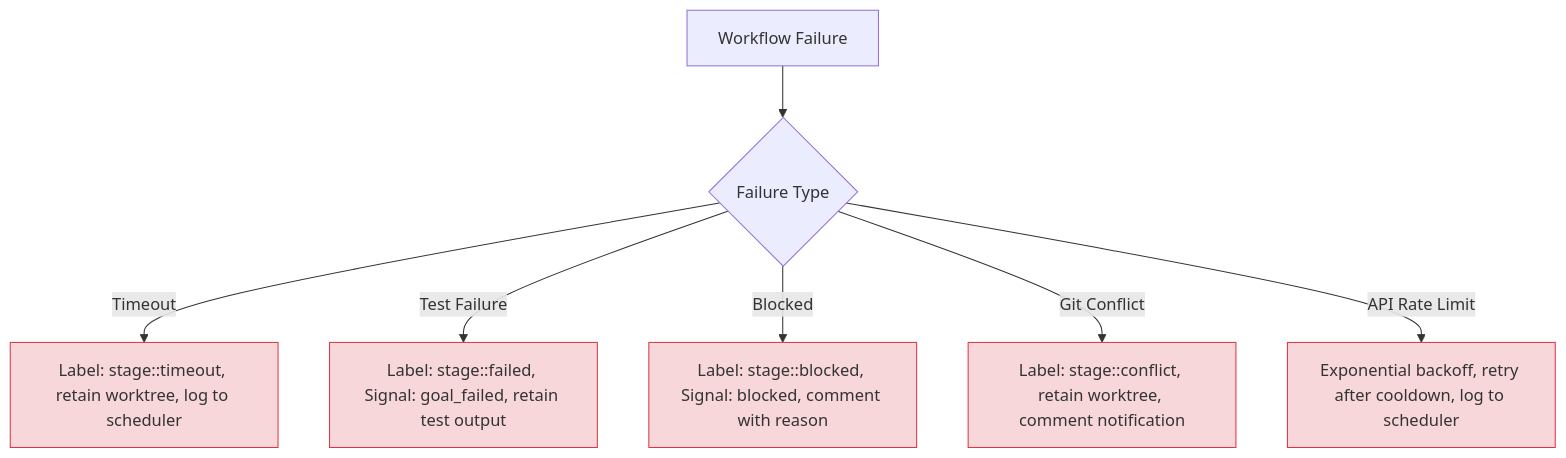
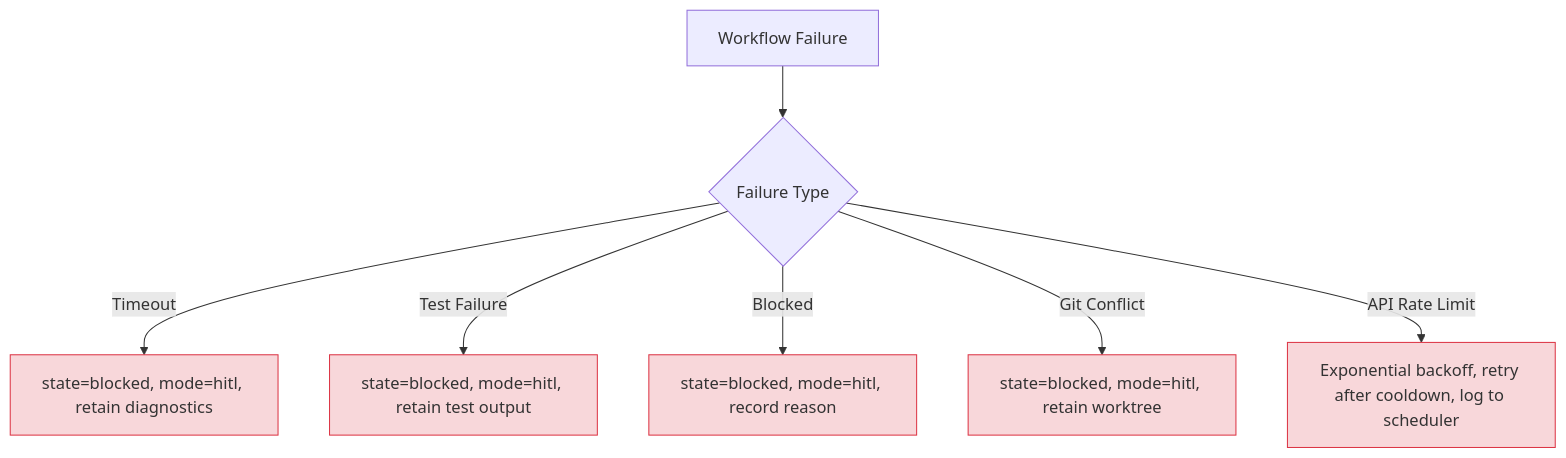
The seventh of 9 diagrams in docs/WORKFLOWS.md (easyhaloo/afk), drawn with Mermaid before and after one commit. The commit also changed other lines of this file and 32 other files, not shown here.

````diff
--- a/docs/WORKFLOWS.md
+++ b/docs/WORKFLOWS.md
@@ -415,13 +423,13 @@
 ```mermaid
 graph TD
     Fail[Workflow Failure] --> Type{Failure Type}
 
-    Type -->|Timeout| Timeout["Label: stage::timeout, retain worktree, log to scheduler"]
-    Type -->|Test Failure| TestFail["Label: stage::failed, Signal: goal_failed, retain test output"]
-    Type -->|Blocked| Blocked["Label: stage::blocked, Signal: blocked, comment with reason"]
-    Type -->|Git Conflict| Conflict["Label: stage::conflict, retain worktree, comment notification"]
+    Type -->|Timeout| Timeout["state=blocked, mode=hitl, retain diagnostics"]
+    Type -->|Test Failure| TestFail["state=blocked, mode=hitl, retain test output"]
+    Type -->|Blocked| Blocked["state=blocked, mode=hitl, record reason"]
+    Type -->|Git Conflict| Conflict["state=blocked, mode=hitl, retain worktree"]
     Type -->|API Rate Limit| RateLimit["Exponential backoff, retry after cooldown, log to scheduler"]
 
     classDef error fill:#f8d7da,stroke:#dc3545
     class Timeout,TestFail,Blocked,Conflict,RateLimit error
 ```
````
